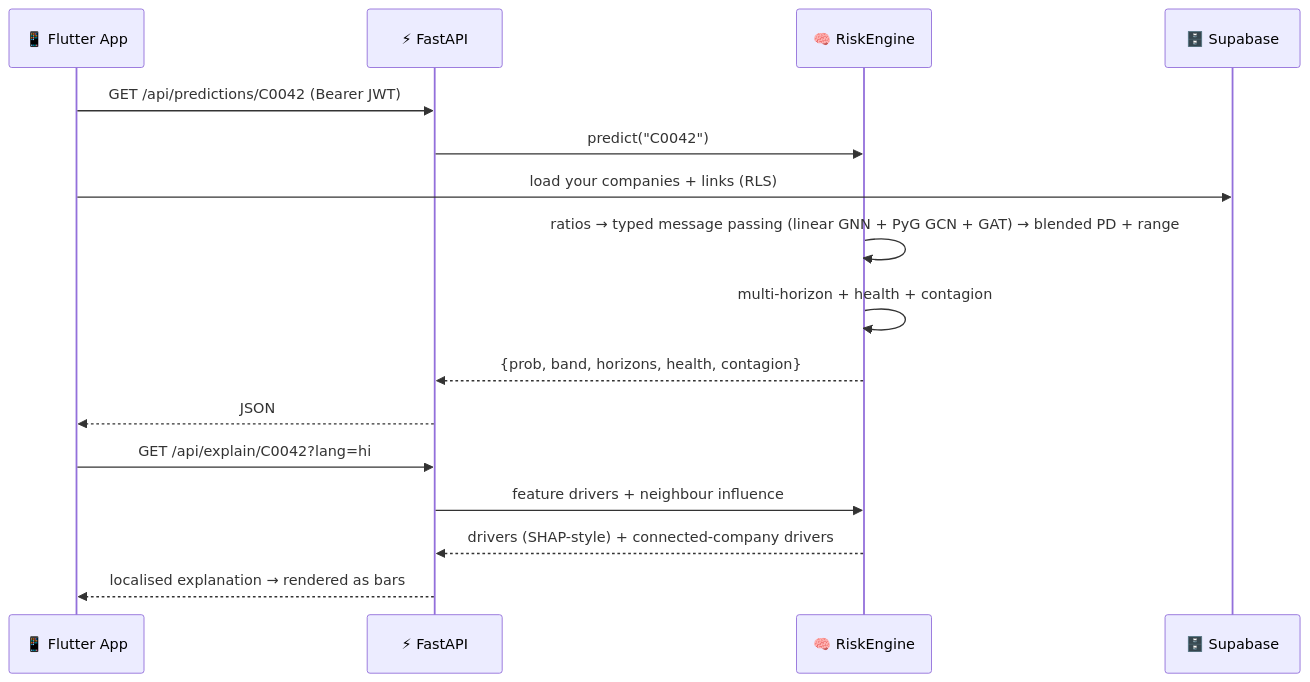
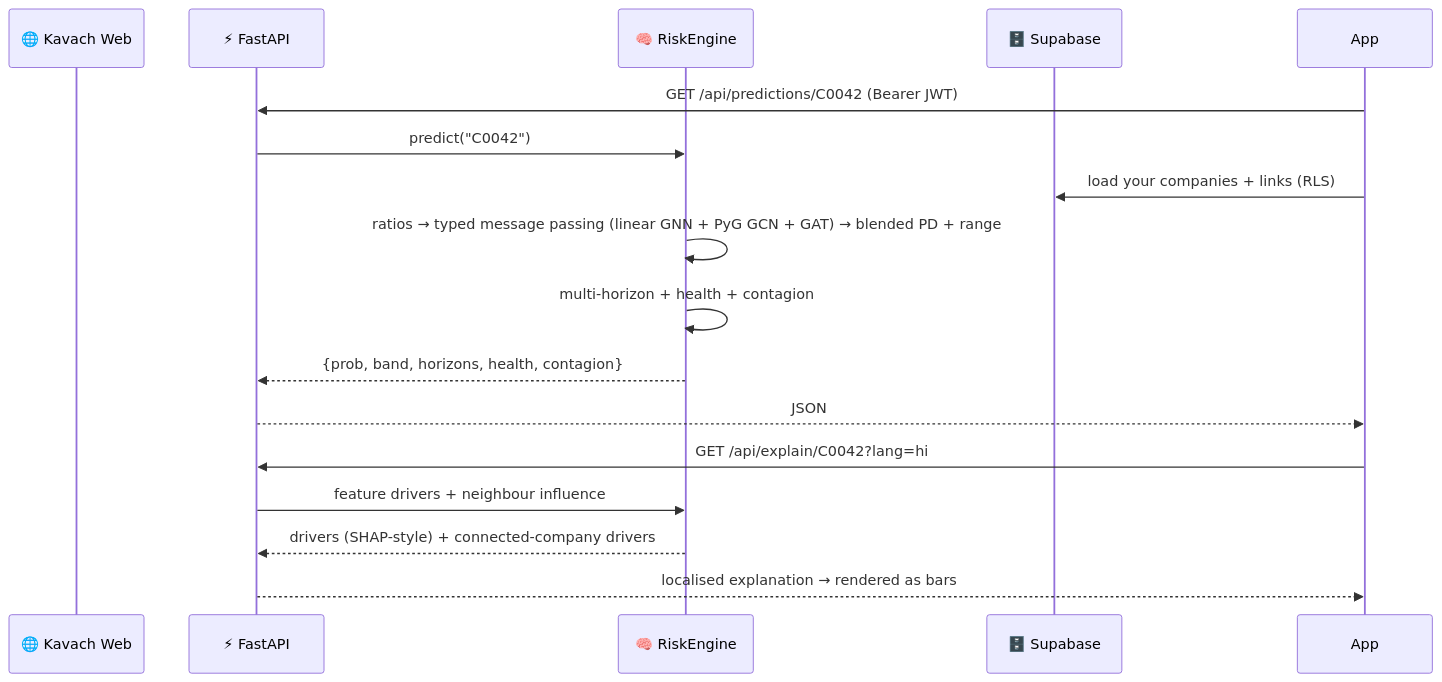
Before and after one commit to VardaM0512/Kavach-Graph-Neural-Network-Risk-Intelligence: the second of 2 diagrams in README.md, drawn with Mermaid. The commit also changed other lines of this file and 13 other files, not shown here.

Commit message:
Make Kavach a web-first app

````diff
--- a/README.md
+++ b/README.md
@@ -257,19 +260,19 @@
 ```mermaid
 sequenceDiagram
-    participant App as 📱 Flutter App
+    participant Web as 🌐 Kavach Web
     participant API as ⚡ FastAPI
     participant Eng as 🧠 RiskEngine
     participant SB as 🗄️ Supabase
 
     App->>API: GET /api/predictions/C0042  (Bearer JWT)
     API->>Eng: predict("C0042")
     App->>SB: load your companies + links (RLS)
     Eng->>Eng: ratios → typed message passing (linear GNN + PyG GCN + GAT) → blended PD + range
     Eng->>Eng: multi-horizon + health + contagion
     Eng-->>API: {prob, band, horizons, health, contagion}
     API-->>App: JSON
     App->>API: GET /api/explain/C0042?lang=hi
     API->>Eng: feature drivers + neighbour influence
     Eng-->>API: drivers (SHAP-style) + connected-company drivers
     API-->>App: localised explanation → rendered as bars
 ```
````
